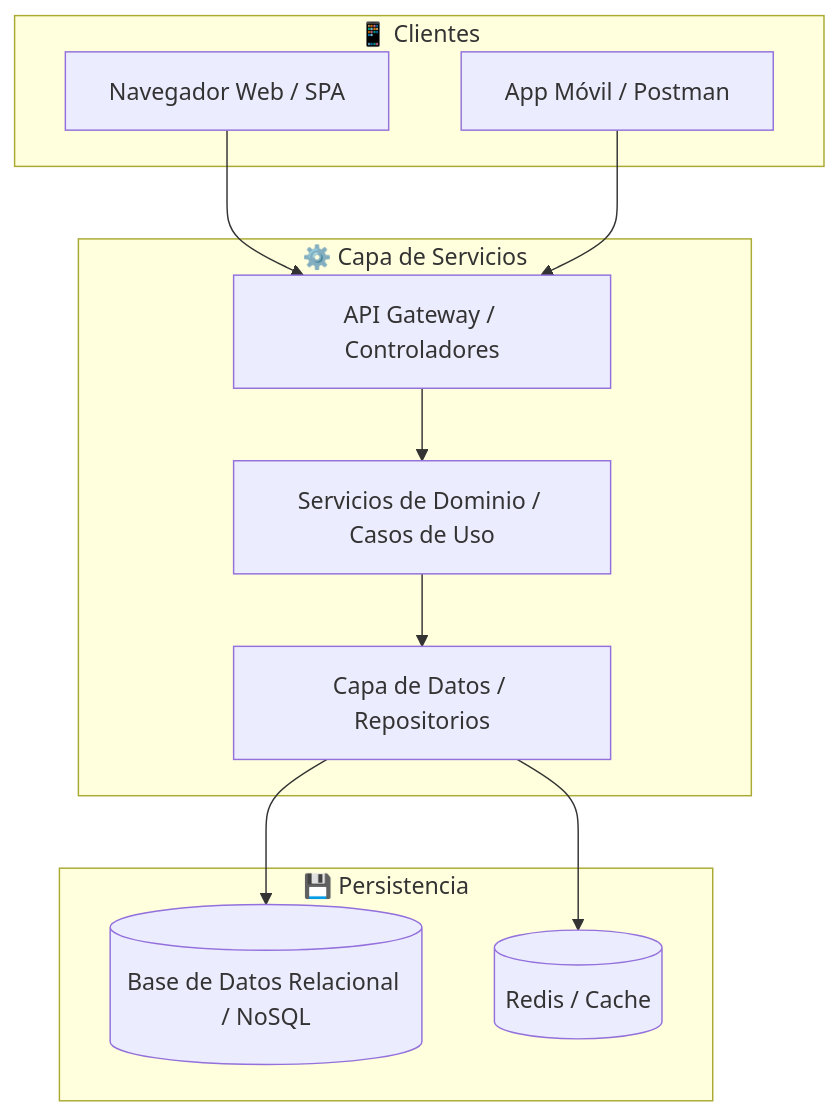
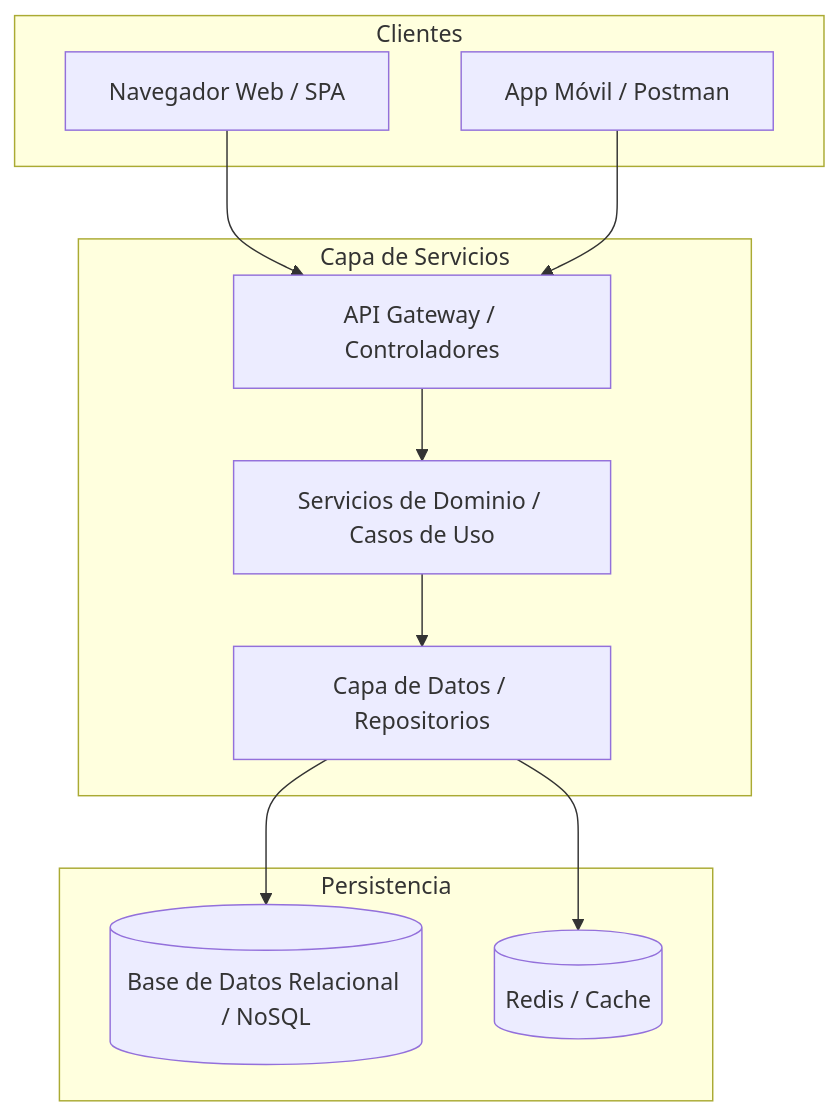
The diagram in templates/base-conocimiento/01-analisis-arquitectura-template.md (DanielHernandez627/skill_auto_management), drawn with Mermaid before and after one commit. The commit also changed other lines of this file and 31 other files, not shown here.

````diff
--- a/templates/base-conocimiento/01-analisis-arquitectura-template.md
+++ b/templates/base-conocimiento/01-analisis-arquitectura-template.md
@@ -29,25 +29,25 @@
 ```mermaid
 graph TD
-    subgraph Clientes ["📱 Clientes"]
+    subgraph Clientes ["Clientes"]
         WEB["Navegador Web / SPA"]
         MOB["App Móvil / Postman"]
     end
 
-    subgraph Backend ["⚙️ Capa de Servicios"]
+    subgraph Backend ["Capa de Servicios"]
         API["API Gateway / Controladores"]
         SRV["Servicios de Dominio / Casos de Uso"]
         REPO["Capa de Datos / Repositorios"]
     end
 
-    subgraph Persistencia ["💾 Persistencia"]
+    subgraph Persistencia ["Persistencia"]
         DB[("Base de Datos Relacional / NoSQL")]
         CACHE[("Redis / Cache")]
     end
 
     WEB --> API
     MOB --> API
     API --> SRV
     SRV --> REPO
     REPO --> DB
     REPO --> CACHE
 ```
````
